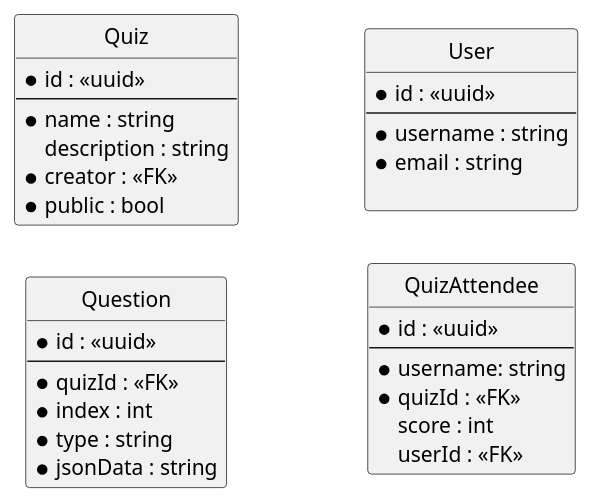
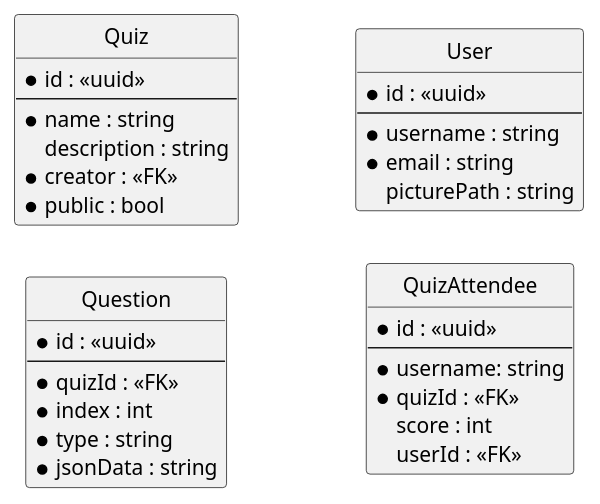
The diagram in diagrams/erd.puml (BrainByteQuiz/BrainByte-server), drawn with PlantUML before and after one commit. The commit also changed 1 other file, not shown here.

Commit message:
feat: add picture to user

```diff
--- a/diagrams/erd.puml
+++ b/diagrams/erd.puml
@@ -1,43 +1,43 @@
 @startuml BrainByte
 
 !pragma ratio 0.8
 
 left to right direction
 hide circles
 
 entity Quiz {
     * id : <<uuid>>
     ---
     * name : string
       description : string
     * creator : <<FK>>
     * public : bool
 }
 
 entity Question {
     * id : <<uuid>>
     ---
     * quizId : <<FK>>
     * index : int
     * type : string
     * jsonData : string
 }
 
 entity User {
     * id : <<uuid>>
     ---
     * username : string
     * email : string
-    
+    picturePath : string
 }
 
 entity QuizAttendee {
     * id : <<uuid>>
     ---
     * username: string
     * quizId : <<FK>>
     score : int
     userId : <<FK>>
 }
 
 @enduml
```
